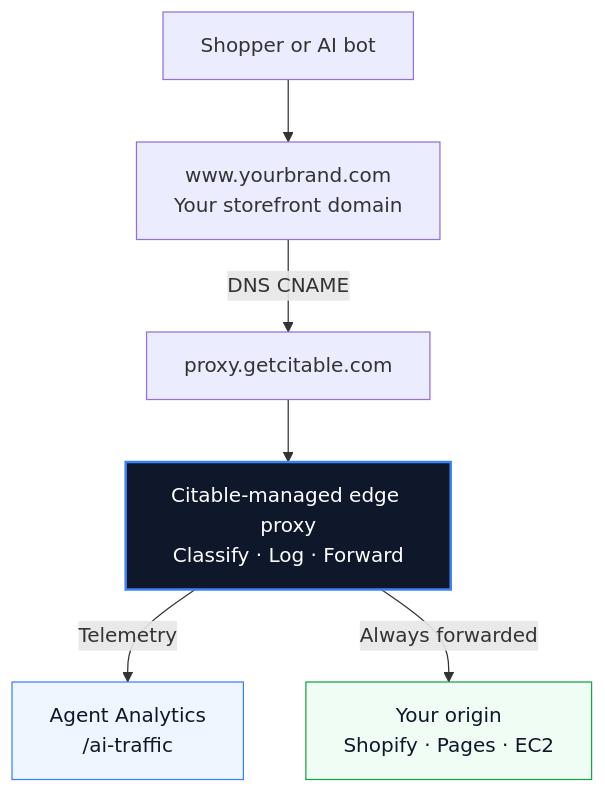
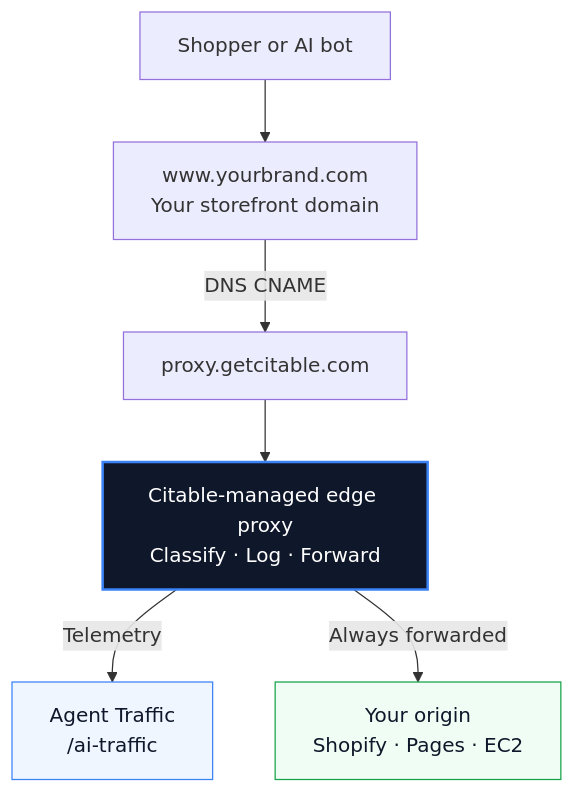
Before and after one commit to getcitable/mintlify-docs: the diagram in integrations/ai-traffic-proxy.mdx, drawn with Mermaid. The commit also changed other lines of this file and 3 other files, not shown here.

````diff
--- a/integrations/ai-traffic-proxy.mdx
+++ b/integrations/ai-traffic-proxy.mdx
@@ -40,12 +40,12 @@
 ```mermaid
 flowchart TB
     A["Shopper or AI bot"] --> B["www.yourbrand.com<br/>Your storefront domain"]
     B -->|"DNS CNAME"| C["proxy.getcitable.com"]
     C --> D["Citable-managed edge proxy<br/>Classify · Log · Forward"]
-    D -->|"Telemetry"| E["Agent Analytics<br/>/ai-traffic"]
+    D -->|"Telemetry"| E["Agent Traffic<br/>/ai-traffic"]
     D -->|"Always forwarded"| F["Your origin<br/>Shopify · Pages · EC2"]
 
     style D fill:#0f172a,color:#ffffff,stroke:#3b82f6,stroke-width:2px
     style E fill:#eff6ff,color:#0f172a,stroke:#3b82f6
     style F fill:#f0fdf4,color:#0f172a,stroke:#16a34a
 ```
````
